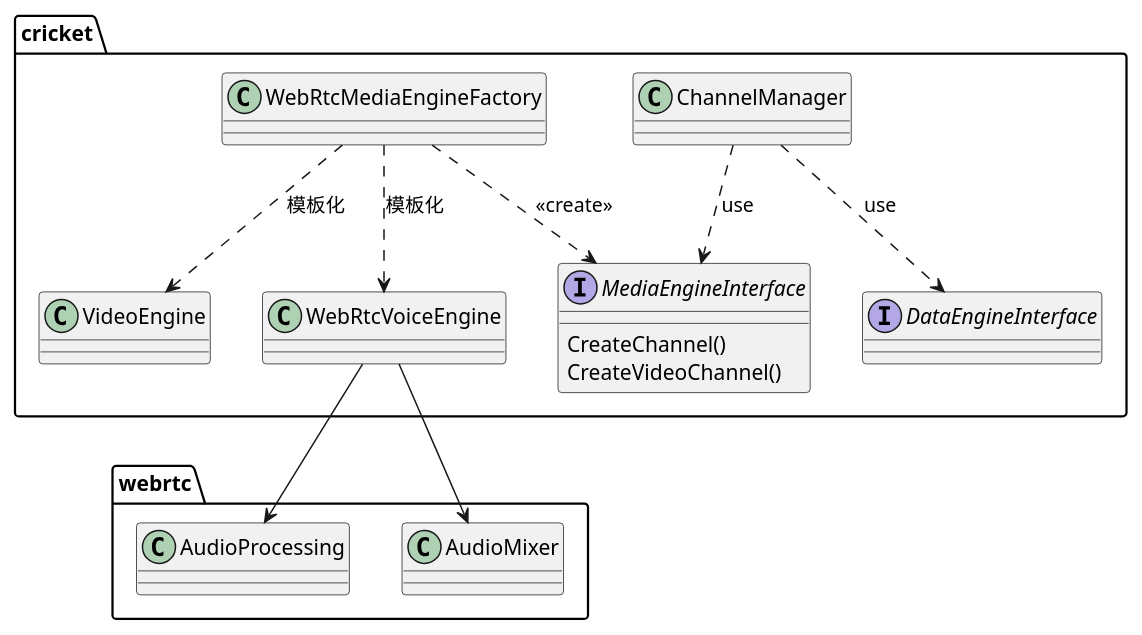
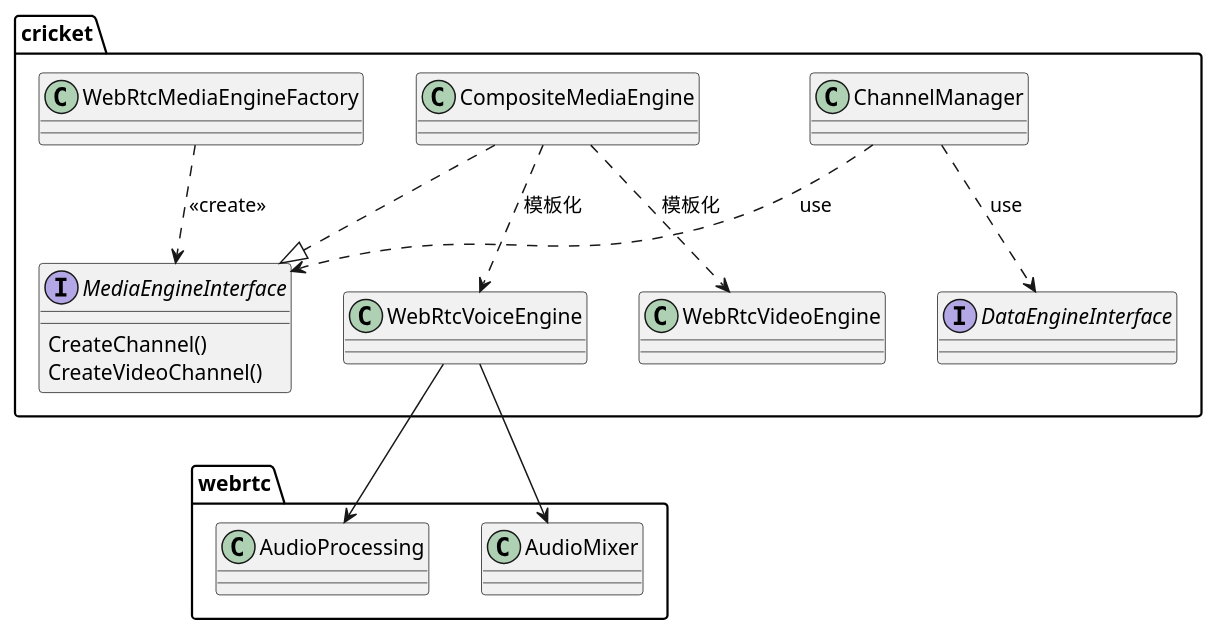
The diagram in webrtc_chrome/mediaEngine.md (mingxin505/webrtcNote), drawn with PlantUML before and after one commit. The commit also changed other lines of this file and 3 other files, not shown here.

````diff
--- a/webrtc_chrome/mediaEngine.md
+++ b/webrtc_chrome/mediaEngine.md
@@ -2,23 +2,24 @@
 ```plantuml
 package webrtc {
     class AudioProcessing {
 
     }
     class AudioMixer
 }
 package cricket {
     interface MediaEngineInterface {
         CreateChannel()
         CreateVideoChannel()
     }
     interface DataEngineInterface
     class ChannelManager
     ChannelManager ..> MediaEngineInterface : use
+    CompositeMediaEngine ..|> MediaEngineInterface
+    CompositeMediaEngine ..> WebRtcVoiceEngine : 模板化
+    CompositeMediaEngine ..> WebRtcVideoEngine : 模板化
     ChannelManager ..> DataEngineInterface : use
-    WebRtcMediaEngineFactory ..> WebRtcVoiceEngine : 模板化
-    WebRtcMediaEngineFactory ..> VideoEngine : 模板化
     WebRtcMediaEngineFactory ..> MediaEngineInterface : <<create>>
     WebRtcVoiceEngine --> AudioMixer
     WebRtcVoiceEngine --> AudioProcessing
 } 
 ```
````
